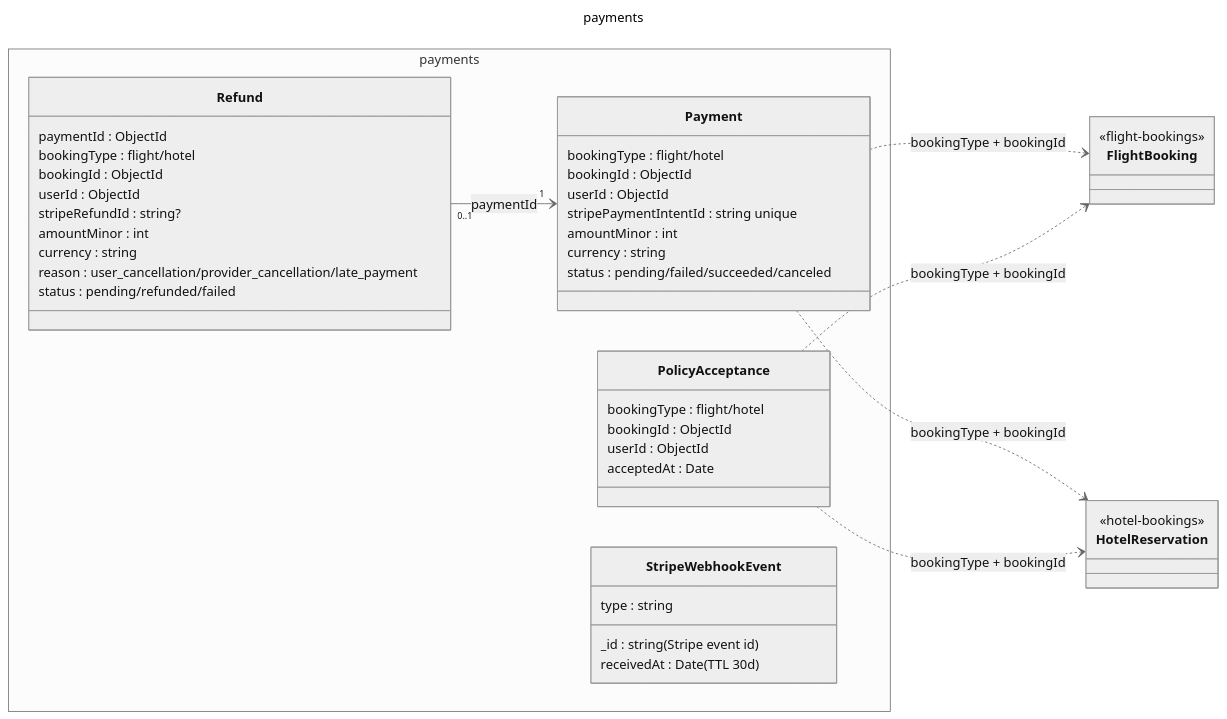
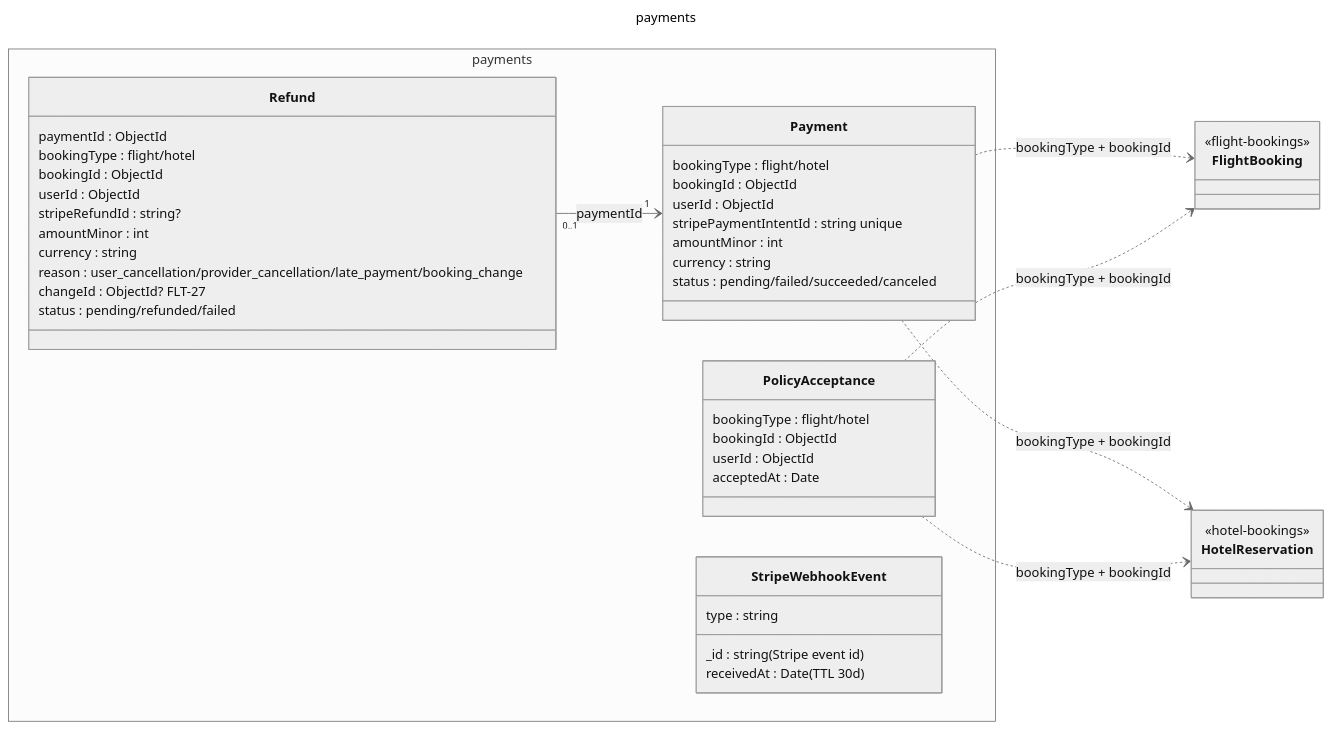
Before and after one commit to Host173/Man2o4ah: the diagram in docs/database/diagrams/04-payments.mmd, drawn with Mermaid (neutral theme). The commit also changed 9 other files, not shown here.

Commit message:
feat(payments): add refunds for booking changes (FLT-27)

```diff
--- a/docs/database/diagrams/04-payments.mmd
+++ b/docs/database/diagrams/04-payments.mmd
@@ -1,49 +1,50 @@
 ---
 title: payments
 ---
 classDiagram
   direction LR
   namespace payments {
     class Payment {
       bookingType : flight/hotel
       bookingId : ObjectId
       userId : ObjectId
       stripePaymentIntentId : string unique
       amountMinor : int
       currency : string
       status : pending/failed/succeeded/canceled
     }
     class Refund {
       paymentId : ObjectId
       bookingType : flight/hotel
       bookingId : ObjectId
       userId : ObjectId
       stripeRefundId : string?
       amountMinor : int
       currency : string
-      reason : user_cancellation/provider_cancellation/late_payment
+      reason : user_cancellation/provider_cancellation/late_payment/booking_change
+      changeId : ObjectId? FLT-27
       status : pending/refunded/failed
     }
     class PolicyAcceptance {
       bookingType : flight/hotel
       bookingId : ObjectId
       userId : ObjectId
       acceptedAt : Date
     }
     class StripeWebhookEvent {
       _id : string (Stripe event id)
       type : string
       receivedAt : Date (TTL 30d)
     }
   }
   class FlightBooking {
     <<flight-bookings>>
   }
   class HotelReservation {
     <<hotel-bookings>>
   }
   Refund "0..1" --> "1" Payment : paymentId
   Payment ..> FlightBooking : bookingType + bookingId
   Payment ..> HotelReservation : bookingType + bookingId
   PolicyAcceptance ..> FlightBooking : bookingType + bookingId
   PolicyAcceptance ..> HotelReservation : bookingType + bookingId
```
